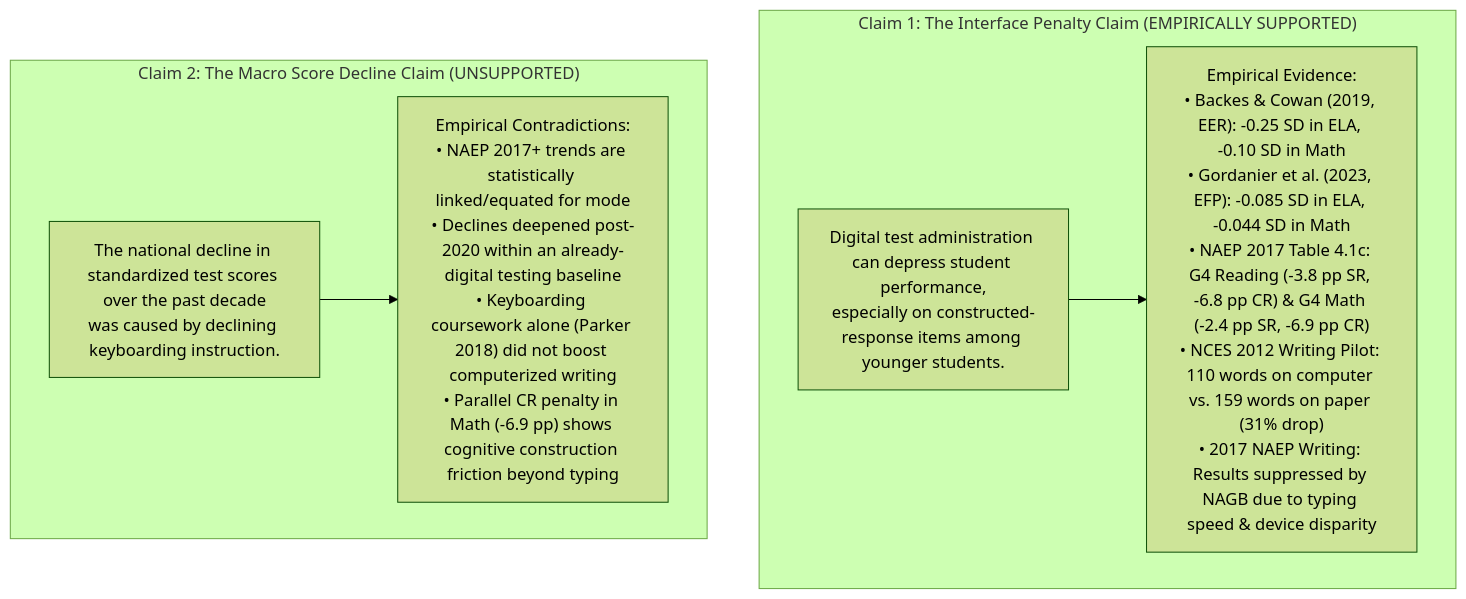
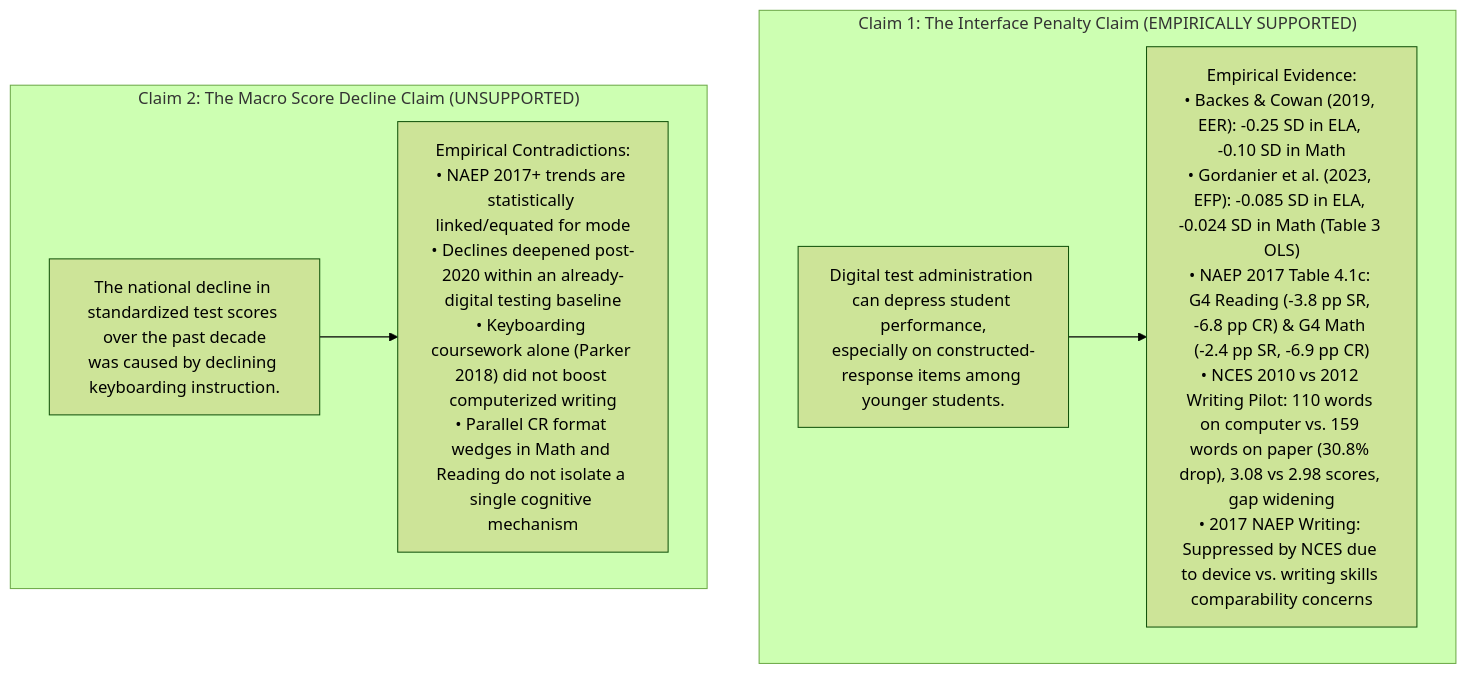
Before and after one commit to admiralorbiter/computational-sketchbook: the diagram in 2026/2026-10-09-keyboarding-mode-effects/README.md, drawn with Mermaid (forest theme). The commit also changed other lines of this file and 20 other files, not shown here.

Commit message:
audit(mode-effects): reconcile Round 3 review (NAEP Math SEs, SC Math OLS, writing pilot score distribution)

````diff
--- a/2026/2026-10-09-keyboarding-mode-effects/README.md
+++ b/2026/2026-10-09-keyboarding-mode-effects/README.md
@@ -25,14 +25,14 @@
 ```mermaid
 flowchart TD
     subgraph Claim1["Claim 1: The Interface Penalty Claim (EMPIRICALLY SUPPORTED)"]
         C1["Digital test administration can depress student performance,\nespecially on constructed-response items among younger students."]
-        E1["Empirical Evidence:\n• Backes & Cowan (2019, EER): -0.25 SD in ELA, -0.10 SD in Math\n• Gordanier et al. (2023, EFP): -0.085 SD in ELA, -0.044 SD in Math\n• NAEP 2017 Table 4.1c: G4 Reading (-3.8 pp SR, -6.8 pp CR) & G4 Math (-2.4 pp SR, -6.9 pp CR)\n• NCES 2012 Writing Pilot: 110 words on computer vs. 159 words on paper (31% drop)\n• 2017 NAEP Writing: Results suppressed by NAGB due to typing speed & device disparity"]
+        E1["Empirical Evidence:\n• Backes & Cowan (2019, EER): -0.25 SD in ELA, -0.10 SD in Math\n• Gordanier et al. (2023, EFP): -0.085 SD in ELA, -0.024 SD in Math (Table 3 OLS)\n• NAEP 2017 Table 4.1c: G4 Reading (-3.8 pp SR, -6.8 pp CR) & G4 Math (-2.4 pp SR, -6.9 pp CR)\n• NCES 2010 vs 2012 Writing Pilot: 110 words on computer vs. 159 words on paper (30.8% drop), 3.08 vs 2.98 scores, gap widening\n• 2017 NAEP Writing: Suppressed by NCES due to device vs. writing skills comparability concerns"]
         C1 --> E1
     end
 
     subgraph Claim2["Claim 2: The Macro Score Decline Claim (UNSUPPORTED)"]
         C2["The national decline in standardized test scores over the past decade\nwas caused by declining keyboarding instruction."]
-        E2["Empirical Contradictions:\n• NAEP 2017+ trends are statistically linked/equated for mode\n• Declines deepened post-2020 within an already-digital testing baseline\n• Keyboarding coursework alone (Parker 2018) did not boost computerized writing\n• Parallel CR penalty in Math (-6.9 pp) shows cognitive construction friction beyond typing"]
+        E2["Empirical Contradictions:\n• NAEP 2017+ trends are statistically linked/equated for mode\n• Declines deepened post-2020 within an already-digital testing baseline\n• Keyboarding coursework alone (Parker 2018) did not boost computerized writing\n• Parallel CR format wedges in Math and Reading do not isolate a single cognitive mechanism"]
         C2 --> E2
     end
 ```
````
